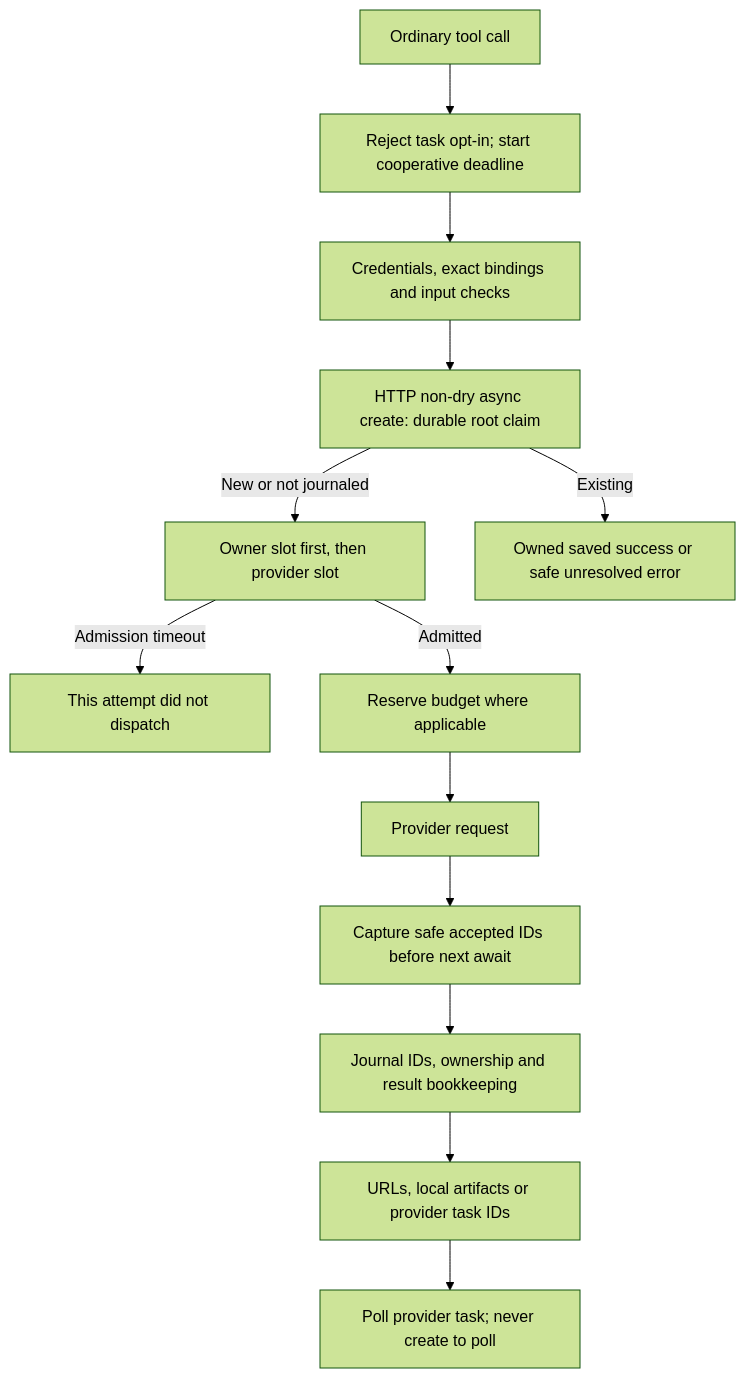
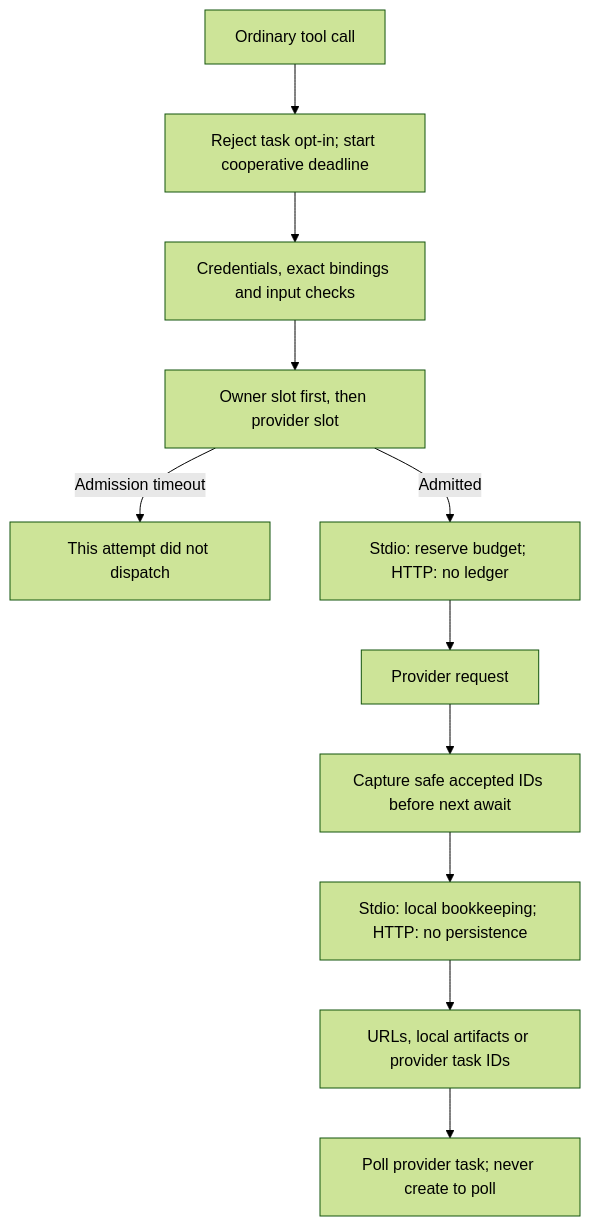
The diagram in specs/SPEC_DIRECT_EXECUTION.md (byteplus-sa/seed-mcp), drawn with Mermaid (forest theme) before and after one commit. The commit also changed other lines of this file and 132 other files, not shown here.

````diff
--- a/specs/SPEC_DIRECT_EXECUTION.md
+++ b/specs/SPEC_DIRECT_EXECUTION.md
@@ -69,15 +73,13 @@
 ```mermaid
 flowchart TD
     Call["Ordinary tool call"] --> Guard["Reject task opt-in; start cooperative deadline"]
     Guard --> Validate["Credentials, exact bindings and input checks"]
-    Validate --> Journal["HTTP non-dry async create: durable root claim"]
-    Journal -->|New or not journaled| Owner["Owner slot first, then provider slot"]
-    Journal -->|Existing| Replay["Owned saved success or safe unresolved error"]
+    Validate --> Owner["Owner slot first, then provider slot"]
     Owner -->|Admission timeout| Reject["This attempt did not dispatch"]
-    Owner -->|Admitted| Budget["Reserve budget where applicable"]
+    Owner -->|Admitted| Budget["Stdio: reserve budget; HTTP: no ledger"]
     Budget --> Provider["Provider request"]
     Provider --> Receipt["Capture safe accepted IDs before next await"]
-    Receipt --> Record["Journal IDs, ownership and result bookkeeping"]
+    Receipt --> Record["Stdio: local bookkeeping; HTTP: no persistence"]
     Record --> Reply["URLs, local artifacts or provider task IDs"]
     Reply --> Poll["Poll provider task; never create to poll"]
 ```
````
